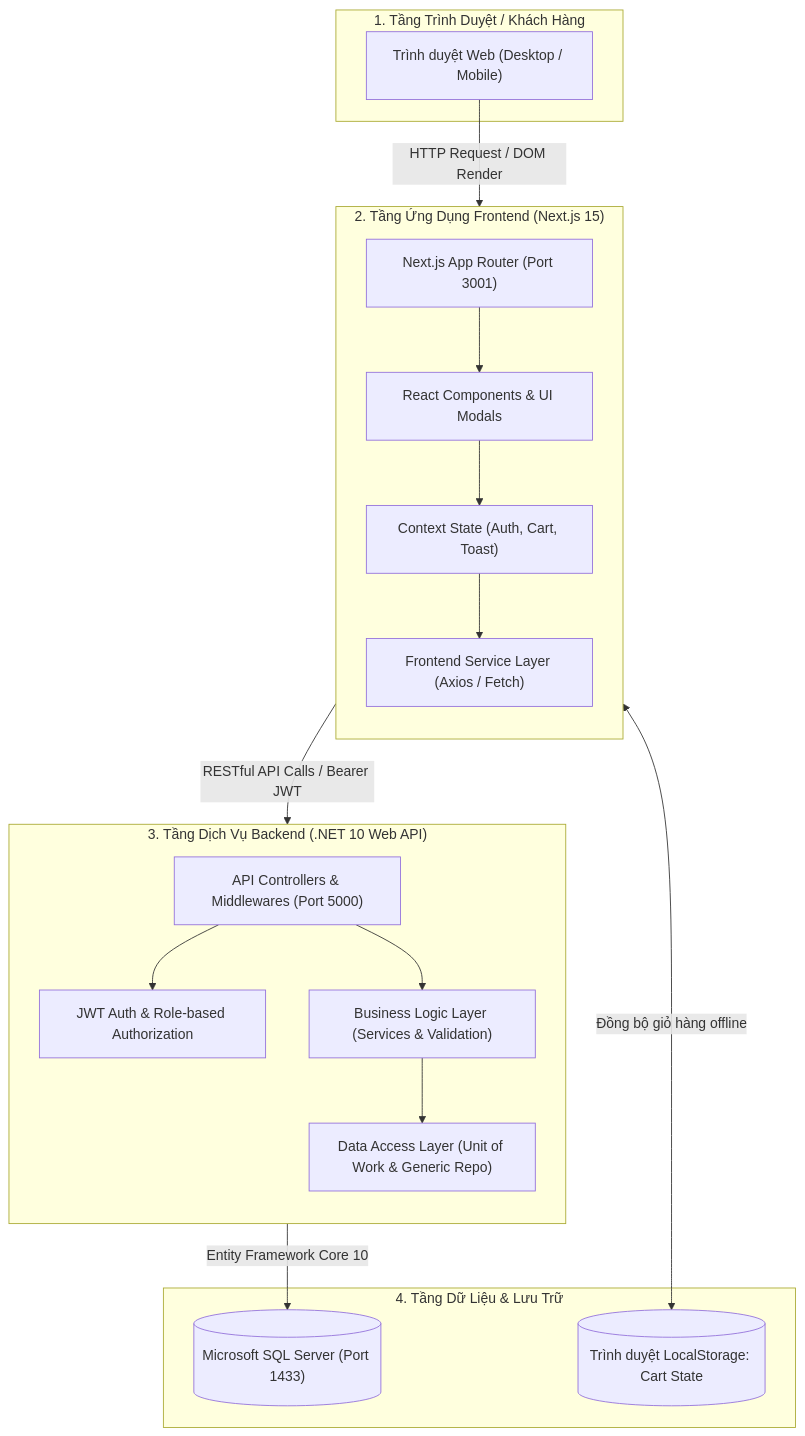
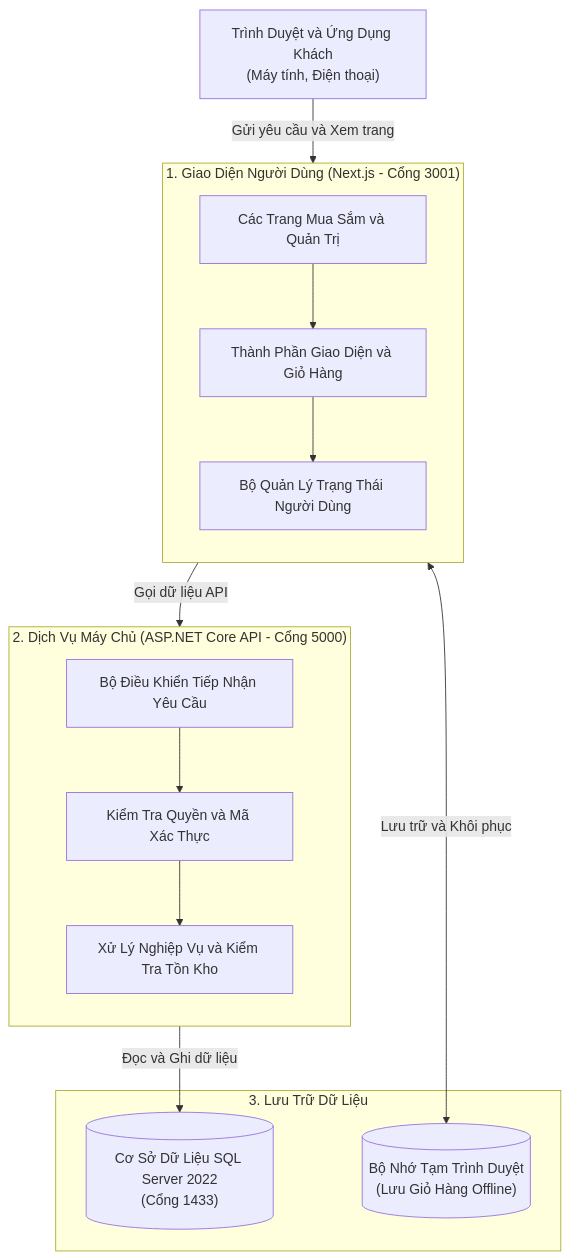
One commit to ducmanh-jr/aethelgard_shopping_mall changed the first of 16 diagrams in BAO_CAO_THIET_KE_HE_THONG.md. Above: the diagram before and after it, drawn with Mermaid. The commit also changed other lines of this file and 310 other files, not shown here.

````diff
--- a/BAO_CAO_THIET_KE_HE_THONG.md
+++ b/BAO_CAO_THIET_KE_HE_THONG.md
@@ -10,39 +15,30 @@
 ```mermaid
 flowchart TD
-    subgraph ClientLayer ["1. Tầng Trình Duyệt / Khách Hàng"]
-        WebBrowser["Trình duyệt Web (Desktop / Mobile)"]
+    Client["Trình Duyệt và Ứng Dụng Khách<br/>(Máy tính, Điện thoại)"]
+
+    subgraph WebApp ["1. Giao Diện Người Dùng (Next.js - Cổng 3001)"]
+        direction TB
+        Pages["Các Trang Mua Sắm và Quản Trị"]
+        Components["Thành Phần Giao Diện và Giỏ Hàng"]
+        Contexts["Bộ Quản Lý Trạng Thái Người Dùng"]
+        Pages --> Components --> Contexts
     end
 
-    subgraph FrontendApp ["2. Tầng Ứng Dụng Frontend (Next.js 15)"]
+    subgraph WebApi ["2. Dịch Vụ Máy Chủ (ASP.NET Core API - Cổng 5000)"]
         direction TB
-        AppRouter["Next.js App Router (Port 3001)"]
-        UIComp["React Components & UI Modals"]
-        ContextSys["Context State (Auth, Cart, Toast)"]
-        ServiceLayer["Frontend Service Layer (Axios / Fetch)"]
-        AppRouter --> UIComp
-        UIComp --> ContextSys
-        ContextSys --> ServiceLayer
+        Controllers["Bộ Điều Khiển Tiếp Nhận Yêu Cầu"]
+        Security["Kiểm Tra Quyền và Mã Xác Thực"]
+        Services["Xử Lý Nghiệp Vụ và Kiểm Tra Tồn Kho"]
+        Controllers --> Security --> Services
     end
 
-    subgraph BackendAPI ["3. Tầng Dịch Vụ Backend (.NET 10 Web API)"]
-        direction TB
-        APIController["API Controllers & Middlewares (Port 5000)"]
-        BLLService["Business Logic Layer (Services & Validation)"]
-        SecurityEngine["JWT Auth & Role-based Authorization"]
-        DALRepo["Data Access Layer (Unit of Work & Generic Repo)"]
-        
-        APIController --> SecurityEngine
-        APIController --> BLLService
-        BLLService --> DALRepo
+    subgraph Database ["3. Lưu Trữ Dữ Liệu"]
+        SQL[("Cơ Sở Dữ Liệu SQL Server 2022<br/>(Cổng 1433)")]
+        LocalStore[("Bộ Nhớ Tạm Trình Duyệt<br/>(Lưu Giỏ Hàng Offline)")]
     end
 
-    subgraph DatabaseLayer ["4. Tầng Dữ Liệu & Lưu Trữ"]
-        MSSQL[("Microsoft SQL Server (Port 1433)")]
-        LocalStore[("Trình duyệt LocalStorage: Cart State")]
-    end
-
-    WebBrowser -->|HTTP Request / DOM Render| AppRouter
-    ContextSys <-->|Đồng bộ giỏ hàng offline| LocalStore
-    ServiceLayer -->|RESTful API Calls / Bearer JWT| APIController
-    DALRepo -->|Entity Framework Core 10| MSSQL
+    Client -->|Gửi yêu cầu và Xem trang| WebApp
+    Contexts <-->|Lưu trữ và Khôi phục| LocalStore
+    WebApp -->|Gọi dữ liệu API| Controllers
+    Services -->|Đọc và Ghi dữ liệu| SQL
 ```
````
